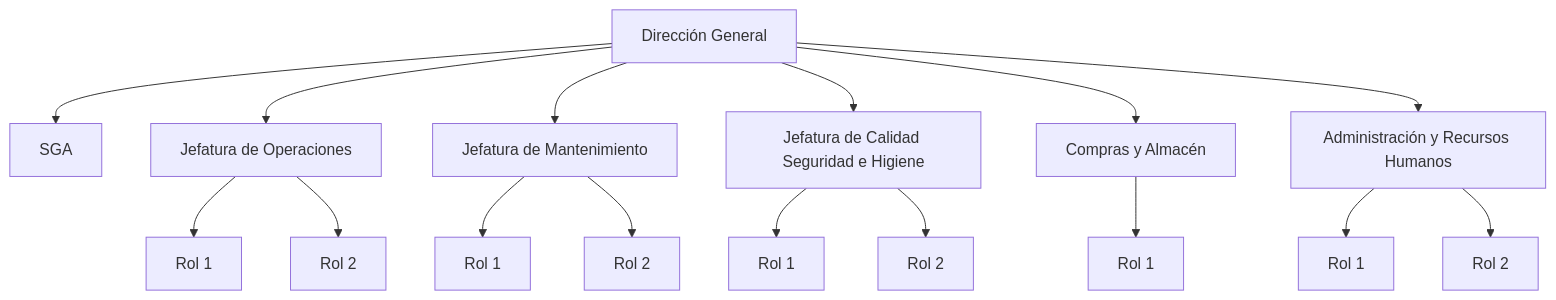
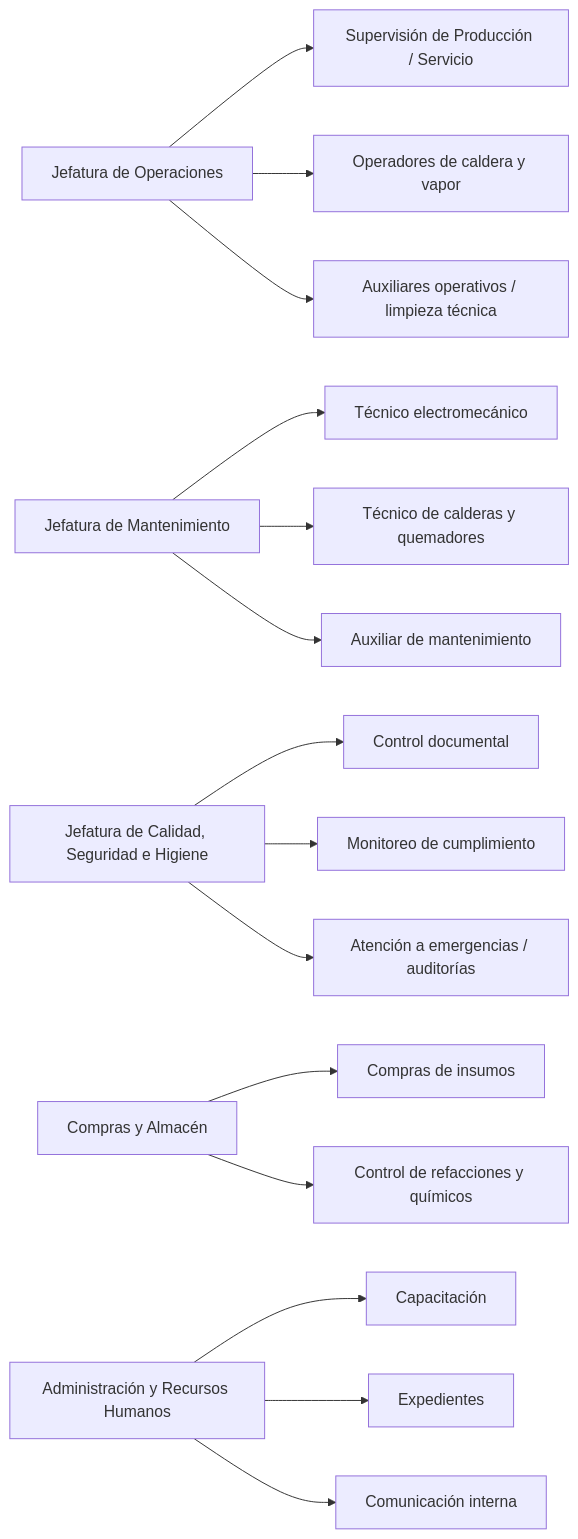
One commit to jayamafe/organigramaISO14001 changed the diagram in organigrama.md. Above: the diagram before and after it, drawn with Mermaid.

Commit message:
Update organigrama.md with detailed roles under each department

````diff
--- a/organigrama.md
+++ b/organigrama.md
@@ -1,38 +1,17 @@
 ```mermaid
-graph TD;
-    A[Dirección General]
-    B[SGA]
-    C[Jefatura de Operaciones]
-    D[Jefatura de Mantenimiento]
-    E[Jefatura de Calidad Seguridad e Higiene]
-    F[Compras y Almacén]
-    G[Administración y Recursos Humanos]
-
-    A --> B
-    A --> C
-    A --> D
-    A --> E
-    A --> F
-    A --> G
-
-    %% Level 3 roles can be added below like this:
-    C1[Rol 1]
-    C2[Rol 2]
-    D1[Rol 1]
-    D2[Rol 2]
-    E1[Rol 1]
-    E2[Rol 2]
-    F1[Rol 1]
-    G1[Rol 1]
-    G2[Rol 2]
-
-    C --> C1
-    C --> C2
-    D --> D1
-    D --> D2
-    E --> E1
-    E --> E2
-    F --> F1
-    G --> G1
-    G --> G2
+graph LR
+    A[Jefatura de Operaciones] --> B[Supervisión de Producción / Servicio]
+    A --> C[Operadores de caldera y vapor]
+    A --> D[Auxiliares operativos / limpieza técnica]
+    E[Jefatura de Mantenimiento] --> F[Técnico electromecánico]
+    E --> G[Técnico de calderas y quemadores]
+    E --> H[Auxiliar de mantenimiento]
+    I[Jefatura de Calidad, Seguridad e Higiene] --> J[Control documental]
+    I --> K[Monitoreo de cumplimiento]
+    I --> L[Atención a emergencias / auditorías]
+    M[Compras y Almacén] --> N[Compras de insumos]
+    M --> O[Control de refacciones y químicos]
+    P[Administración y Recursos Humanos] --> Q[Capacitación]
+    P --> R[Expedientes]
+    P --> S[Comunicación interna]
 ```
````
